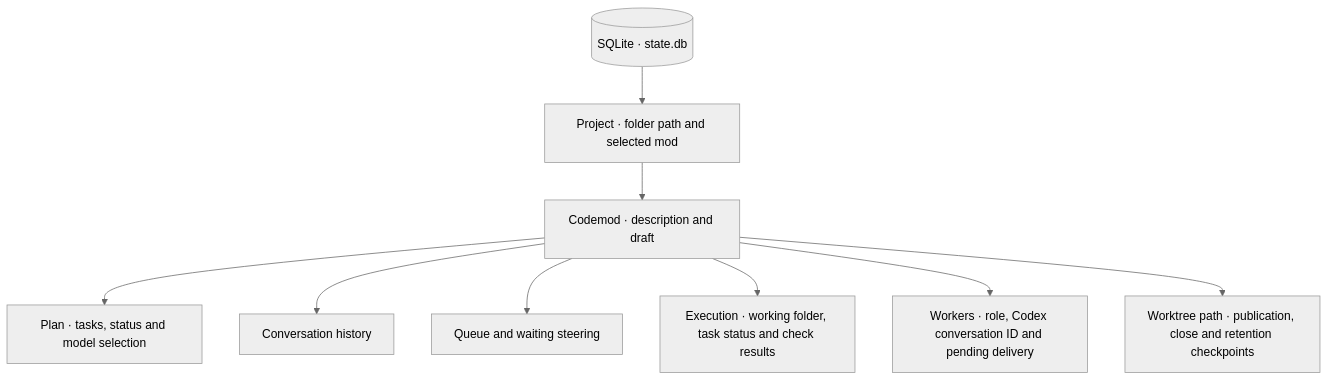
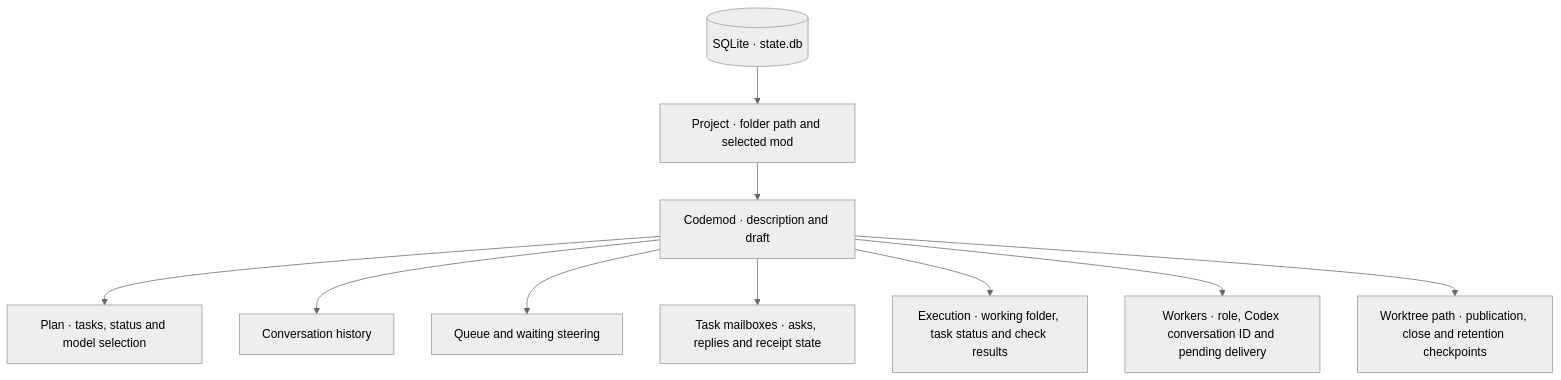
The diagram in docs/local-state.md (minimumeffort-dev/sprowt.harness), drawn with Mermaid (neutral theme) before and after one commit. The commit also changed other lines of this file and 16 other files, not shown here.

````diff
--- a/docs/local-state.md
+++ b/docs/local-state.md
@@ -5,11 +5,12 @@
 ```mermaid
 flowchart TB
     database[("SQLite · state.db")] --> project["Project · folder path and selected mod"]
     project --> mod["Codemod · description and draft"]
     mod --> plan["Plan · tasks, status and model selection"]
     mod --> messages["Conversation history"]
     mod --> pending["Queue and waiting steering"]
+    mod --> mail["Task mailboxes · asks, replies and receipt state"]
     mod --> execution["Execution · working folder, task status and check results"]
     mod --> workers["Workers · role, Codex conversation ID and pending delivery"]
     mod --> git["Worktree path · publication, close and retention checkpoints"]
 ```
````
